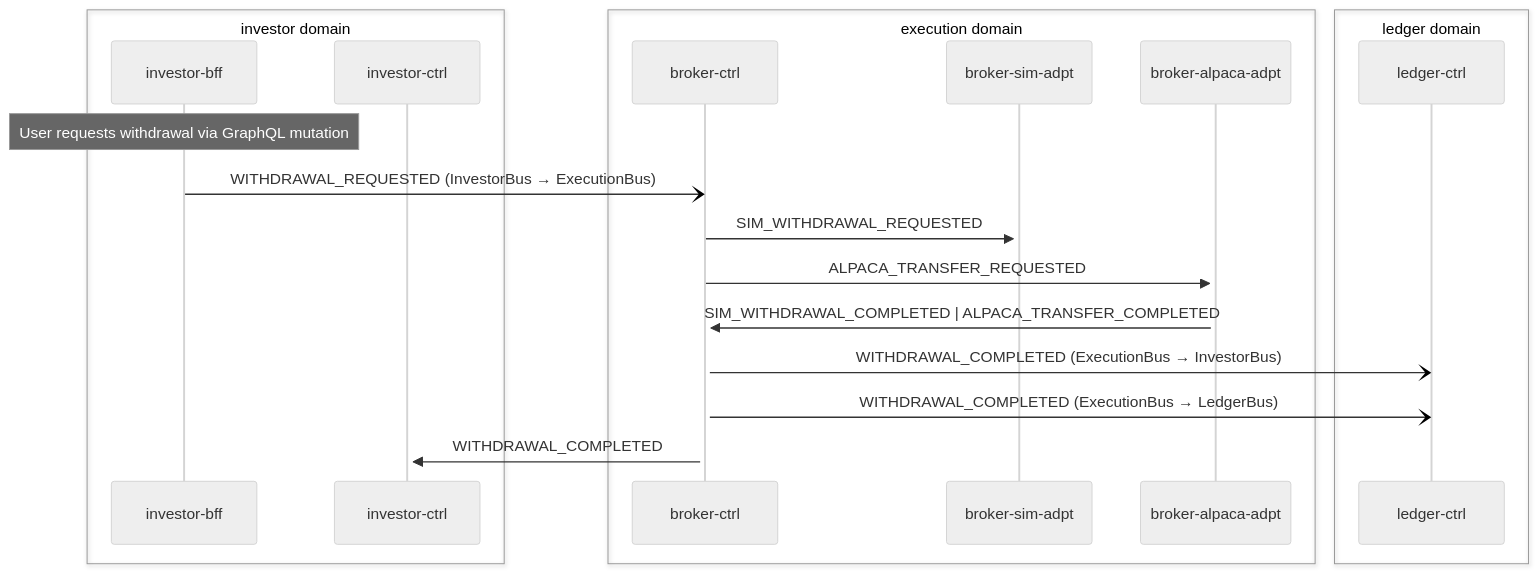
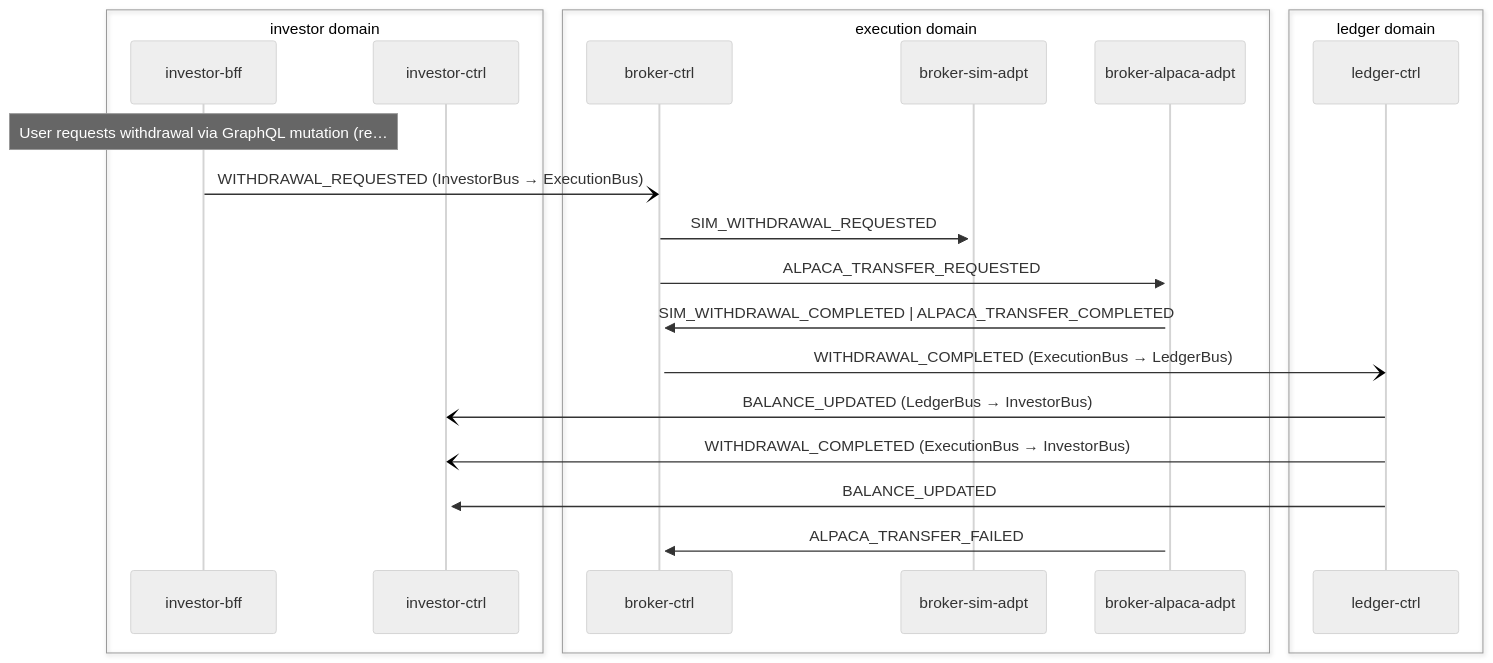
Before and after one commit to fabio-vitali/nestfolio: the second of 2 diagrams in docs/data-flows/withdrawal.md, drawn with Mermaid (neutral theme). The commit also changed other lines of this file and 53 other files, not shown here.

First line of the commit message:
docs: regenerate all service cards, flow specs, and C4 diagrams via /init-docs

````diff
--- a/docs/data-flows/withdrawal.md
+++ b/docs/data-flows/withdrawal.md
@@ -35,23 +36,25 @@
 ```mermaid
 sequenceDiagram
     box investor domain
         participant investor_bff as investor-bff
         participant investor_ctrl as investor-ctrl
     end
     box execution domain
         participant broker_ctrl as broker-ctrl
         participant broker_sim_adpt as broker-sim-adpt
         participant broker_alpaca_adpt as broker-alpaca-adpt
     end
     box ledger domain
         participant ledger_ctrl as ledger-ctrl
     end
-    Note over investor_bff: User requests withdrawal via GraphQL mutation
+    Note over investor_bff: User requests withdrawal via GraphQL mutation (re…
     investor_bff-)broker_ctrl: WITHDRAWAL_REQUESTED (InvestorBus → ExecutionBus)
     broker_ctrl->>+broker_sim_adpt: SIM_WITHDRAWAL_REQUESTED
     broker_ctrl->>+broker_alpaca_adpt: ALPACA_TRANSFER_REQUESTED
     broker_alpaca_adpt->>+broker_ctrl: SIM_WITHDRAWAL_COMPLETED | ALPACA_TRANSFER_COMPLETED
-    broker_ctrl-)ledger_ctrl: WITHDRAWAL_COMPLETED (ExecutionBus → InvestorBus)
     broker_ctrl-)ledger_ctrl: WITHDRAWAL_COMPLETED (ExecutionBus → LedgerBus)
-    broker_ctrl->>+investor_ctrl: WITHDRAWAL_COMPLETED
+    ledger_ctrl-)investor_ctrl: BALANCE_UPDATED (LedgerBus → InvestorBus)
+    ledger_ctrl-)investor_ctrl: WITHDRAWAL_COMPLETED (ExecutionBus → InvestorBus)
+    ledger_ctrl->>+investor_ctrl: BALANCE_UPDATED
+    broker_alpaca_adpt->>+broker_ctrl: ALPACA_TRANSFER_FAILED
 ```
````
